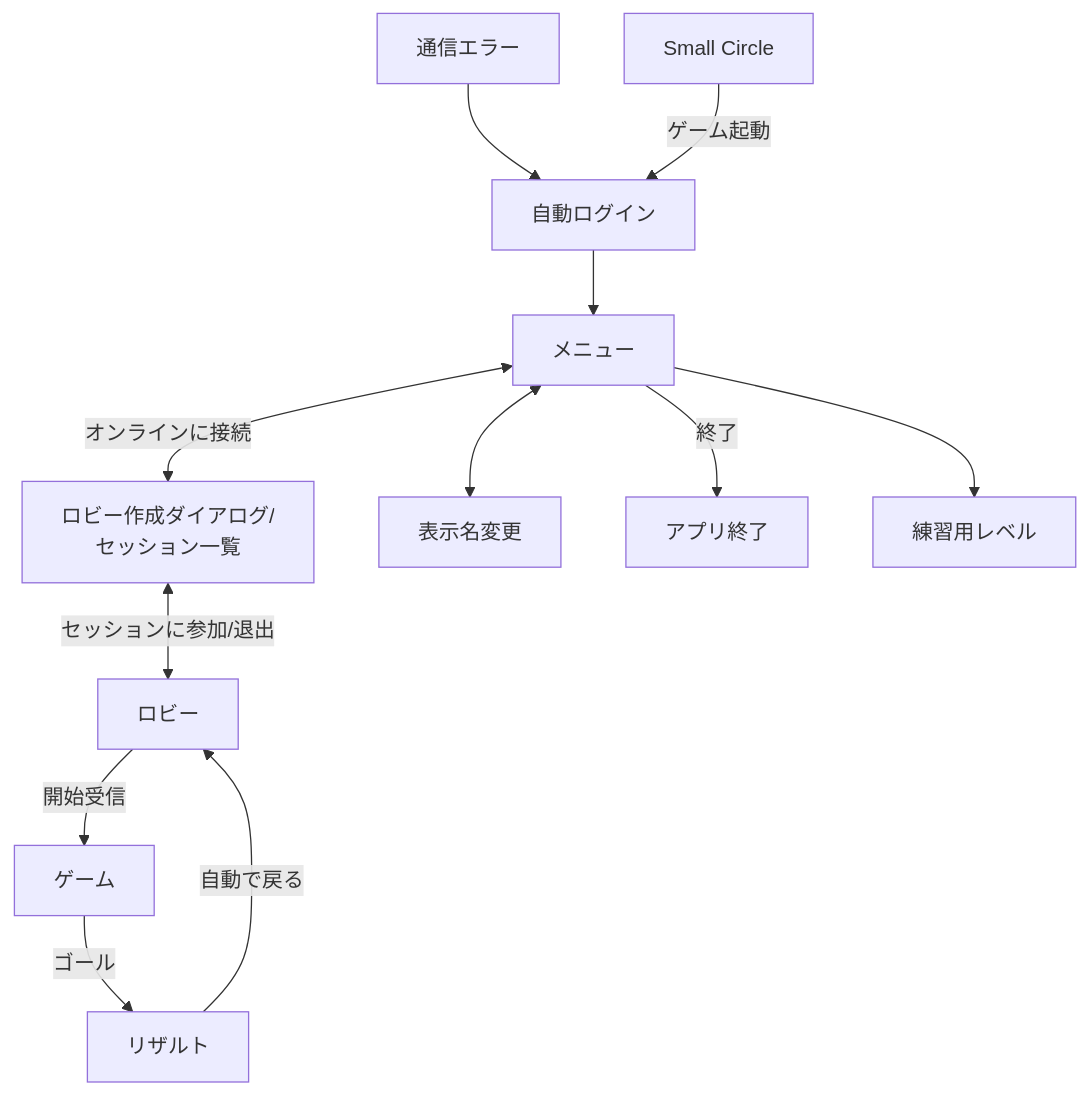
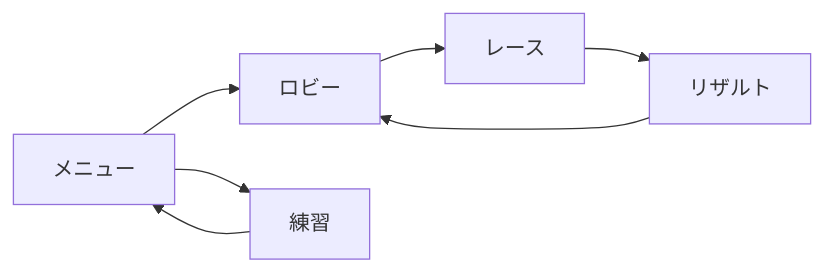
The diagram in Readme.md (A6P3W/CatsRace), drawn with Mermaid before and after one commit. The commit also changed other lines of this file and 42 other files, not shown here.

````diff
--- a/Readme.md
+++ b/Readme.md
@@ -51,14 +43,9 @@
 ```mermaid
-flowchart TB
-    n7["メニュー"] <-- オンラインに接続 --> n15["ロビー作成ダイアログ/<br>セッション一覧"]
-    n7 <--> n22["表示名変更"]
-    n7 -- 終了 --> n11["アプリ終了"]
-    n15 <-- セッションに参加/退出 --> n19["ロビー"]
-    n19 -- 開始受信 --> n21["ゲーム"]
-    n21 -- ゴール --> n24["リザルト"]
-    n24 -- 自動で戻る --> n19
-    n29["自動ログイン"] --> n7
-    n28["通信エラー"] --> n29
-    n30["Small Circle"] -- ゲーム起動 --> n29
-    n7 --> n31["練習用レベル"]
+flowchart LR
+    Menu["メニュー"] --> Lobby["ロビー"]
+    Lobby --> Race["レース"]
+    Race --> Result["リザルト"]
+    Result --> Lobby
+    Menu --> Practice["練習"]
+    Practice --> Menu
 ```
````
